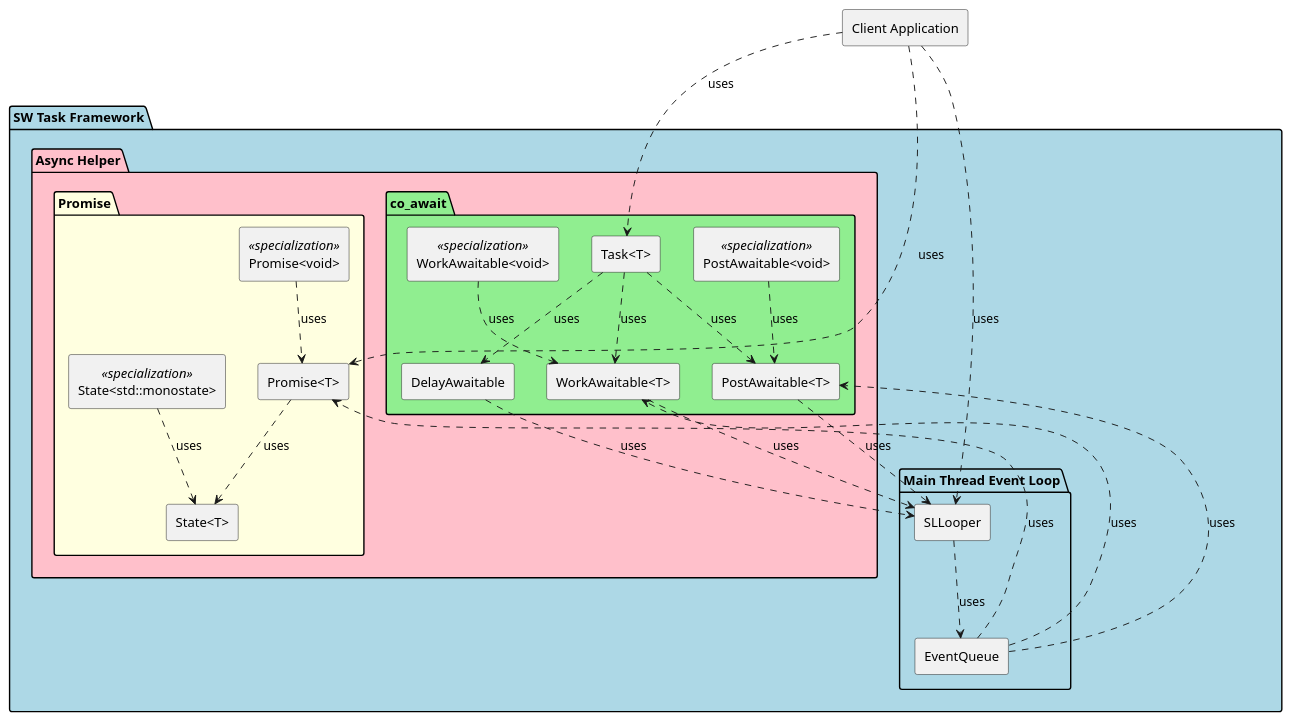
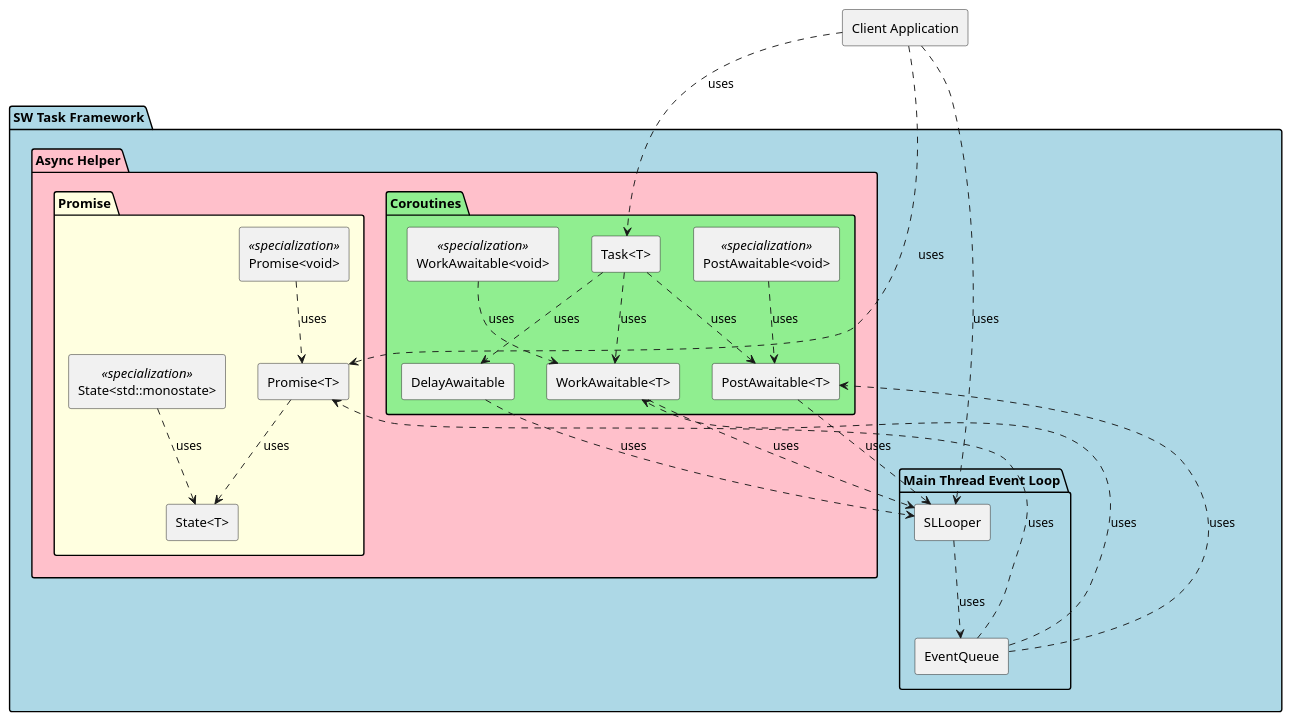
Before and after one commit to taikt/sw_task: the first of 6 diagrams in doc/design/sw_task/performance_b.puml, drawn with PlantUML. The commit also changed 6 other files, not shown here.

```diff
--- a/doc/design/sw_task/performance_b.puml
+++ b/doc/design/sw_task/performance_b.puml
@@ -4,58 +4,58 @@
 @startuml
 
 rectangle "Client Application" as Client
 
 package "SW Task Framework" #LightBlue {
     
     package "Async Helper" #Pink {
         
         package "Promise" #LightYellow {
             rectangle "Promise<T>" as PromiseMgr
             rectangle "State<T>" as StateMgr
             rectangle "Promise<void>" as PromiseVoid <<specialization>>
             rectangle "State<std::monostate>" as StateMono <<specialization>>
         }
         
-        package "co_await" #LightGreen {
+        package "Coroutines" #LightGreen {
             rectangle "Task<T>" as TaskMgr
             rectangle "WorkAwaitable<T>" as WorkAwaitable
             rectangle "PostAwaitable<T>" as PostAwaitable
             rectangle "DelayAwaitable" as DelayAwaitable
             rectangle "WorkAwaitable<void>" as WorkAwaitableVoid <<specialization>>
             rectangle "PostAwaitable<void>" as PostAwaitableVoid <<specialization>>
         }
     }
 
     package "Main Thread Event Loop" {
         rectangle "SLLooper" as Looper
         rectangle "EventQueue" as Queue
     }
 }
 
 ' External relationships - uses dependency only
 Client ..> Looper : uses
 Client ..> PromiseMgr : uses
 Client ..> TaskMgr : uses
 
 ' Internal framework relationships - uses dependency only
 Looper ..> Queue : uses
 Queue ..> PromiseMgr : uses
 Queue ..> WorkAwaitable : uses
 Queue ..> PostAwaitable : uses
 
 ' Promise System internal relationships
 PromiseMgr ..> StateMgr : uses
 PromiseVoid ..> PromiseMgr : uses
 StateMono ..> StateMgr : uses
 
 ' Co_Await System internal relationships
 TaskMgr ..> WorkAwaitable : uses
 TaskMgr ..> PostAwaitable : uses
 TaskMgr ..> DelayAwaitable : uses
 WorkAwaitable ..> Looper : uses
 PostAwaitable ..> Looper : uses
 DelayAwaitable ..> Looper : uses
 WorkAwaitableVoid ..> WorkAwaitable : uses
 PostAwaitableVoid ..> PostAwaitable : uses
 
 @enduml
```
